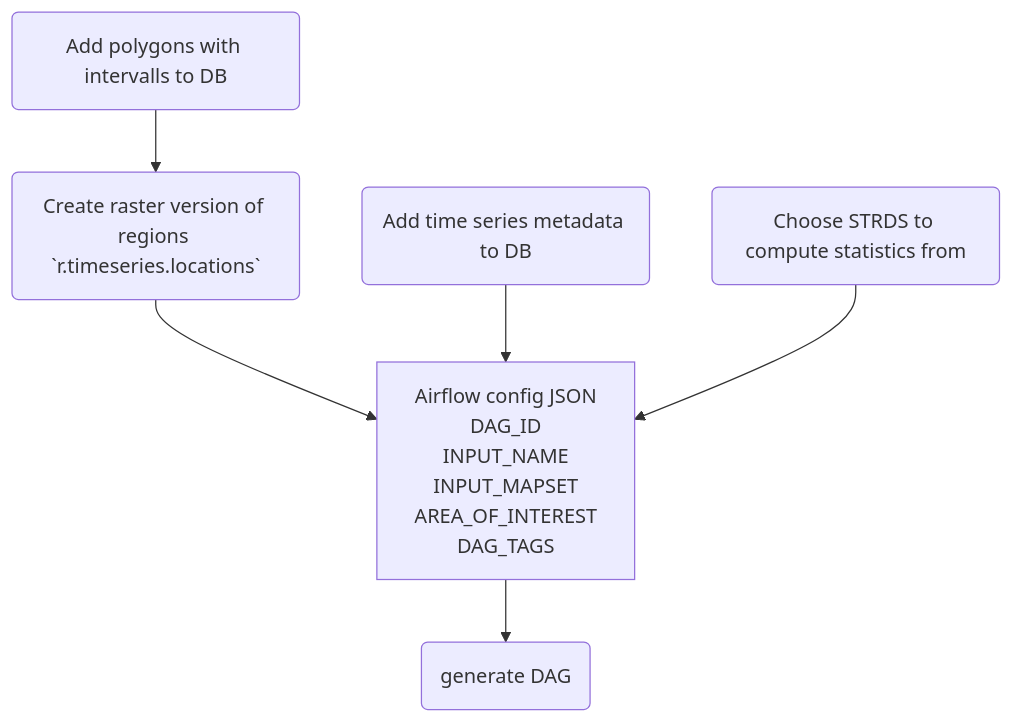
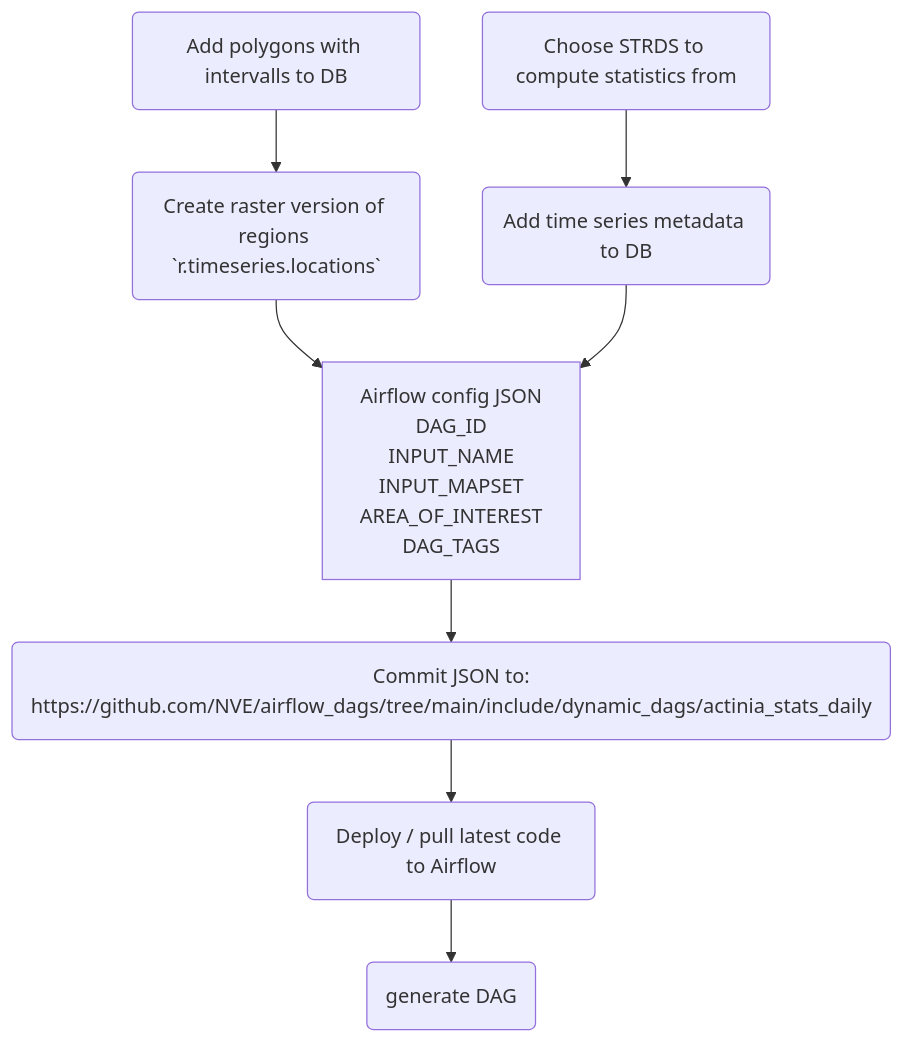
The diagram in Timeseries.md (NVE/copernicus_snippets), drawn with Mermaid before and after one commit.

````diff
--- a/Timeseries.md
+++ b/Timeseries.md
@@ -1,8 +1,12 @@
 ```mermaid
   graph TD;
       A(Add polygons with intervalls to DB)-->B;
       B(Create raster version of regions `r.timeseries.locations`)-->E[Airflow config JSON<br/>DAG_ID<br/>INPUT_NAME<br/>INPUT_MAPSET<br/>AREA_OF_INTEREST<br/>DAG_TAGS];
+      D(Choose STRDS to compute statistics from)-->C;
       C(Add time series metadata to DB)-->E;
-      D(Choose STRDS to compute statistics from)-->E;
-      E-->F(generate DAG);
+      E-->F(Commit JSON to:<br/>https://github.com/NVE/airflow_dags/tree/main/include/dynamic_dags/actinia_stats_daily);
+      F-->G(Deploy / pull latest code to Airflow)
+      G-->H(generate DAG);
+      click B "https://github.com/NVE/actinia_modules_nve/tree/main/src/raster/r.timeseries.locations" "r.timeseries.locations --help" _blank
+      click F "https://github.com/NVE/airflow_dags/tree/main/include/dynamic_dags/actinia_stats_daily" "git commit" _blank
 ```
````
